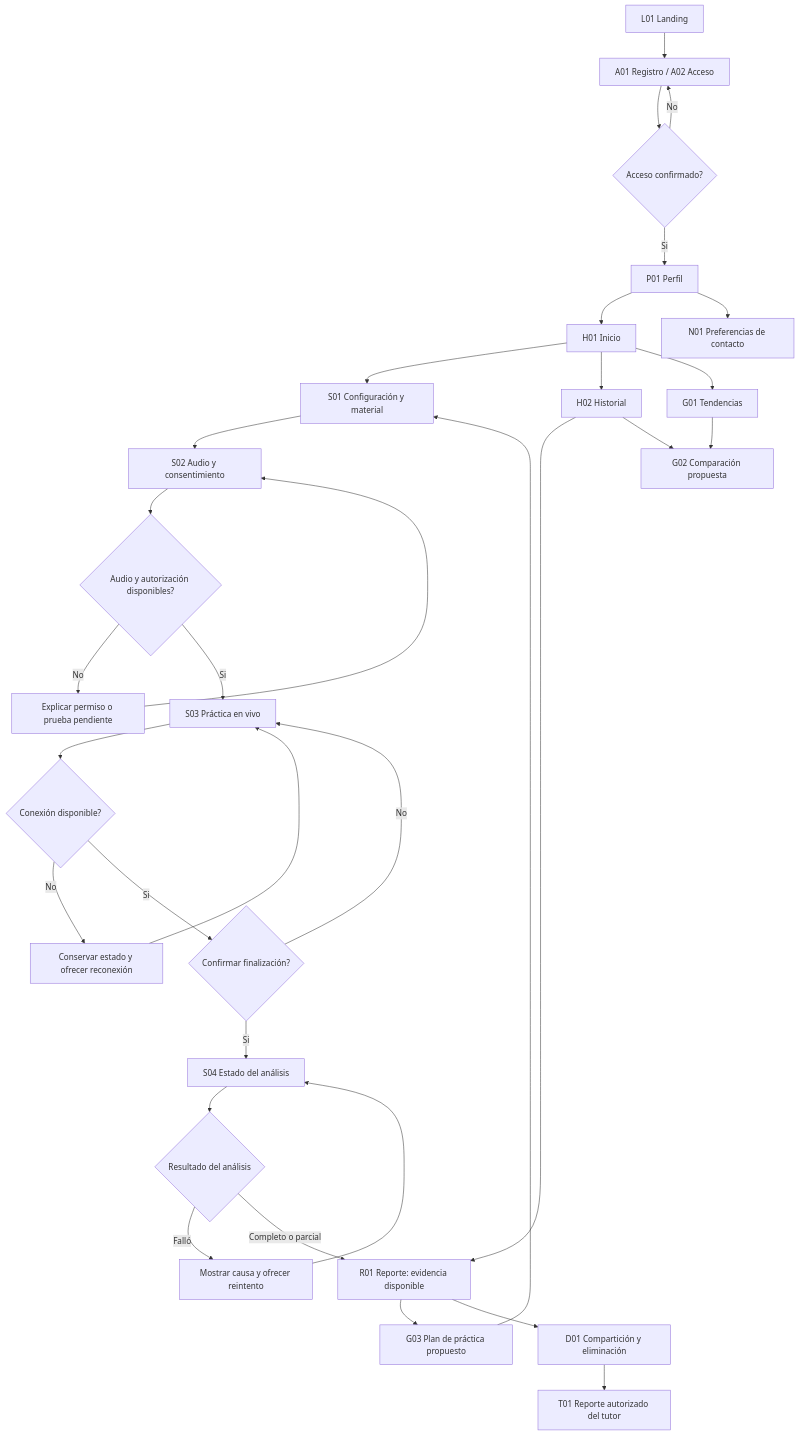
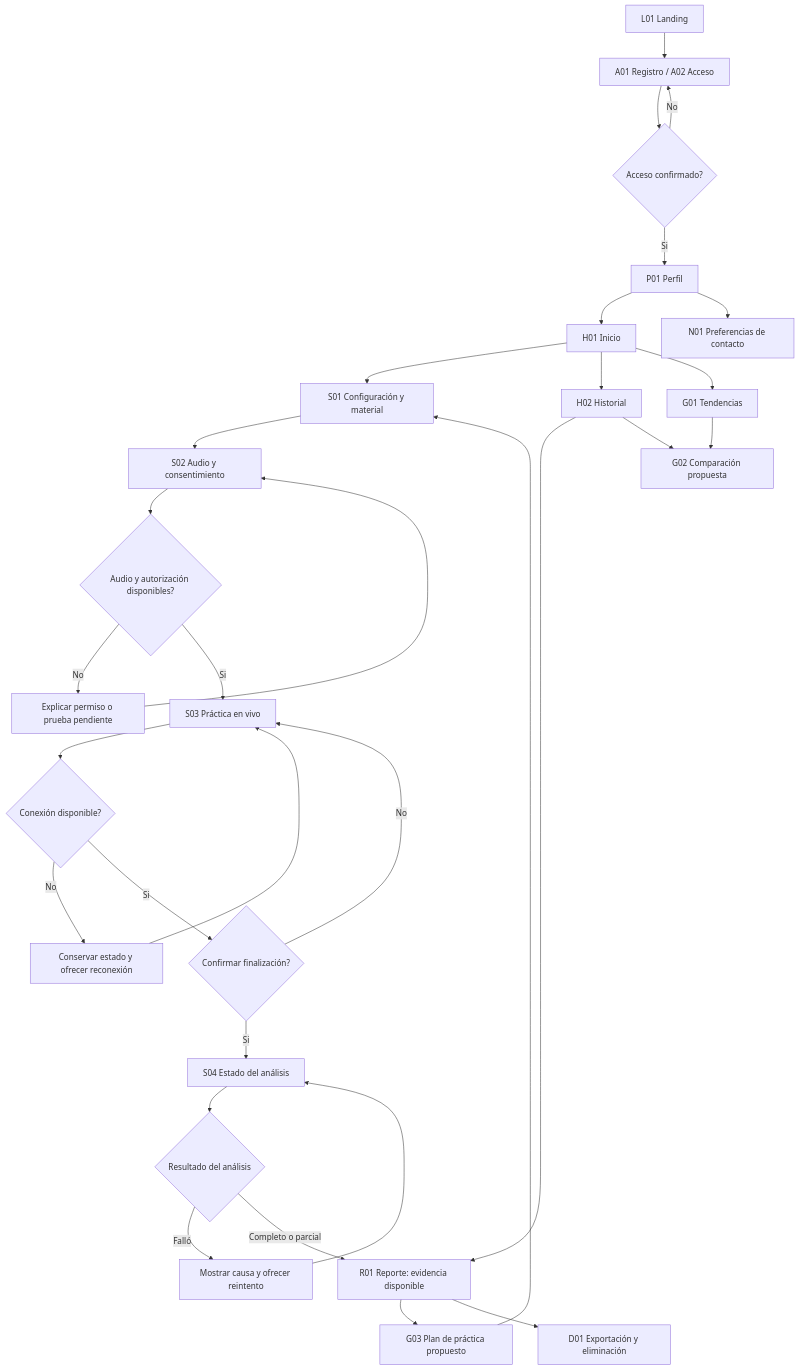
One commit to upc-pre-202620-si728-16365-thropic/talki-project-report changed the diagram in assets/diagrams/ux/wireflow.mmd. Above: the diagram before and after it, drawn with Mermaid. The commit also changed 72 other files, not shown here.

```diff
--- a/assets/diagrams/ux/wireflow.mmd
+++ b/assets/diagrams/ux/wireflow.mmd
@@ -1,32 +1,31 @@
 flowchart TB
   L["L01 Landing"] --> A["A01 Registro / A02 Acceso"]
   A --> access{"Acceso confirmado?"}
   access -- No --> A
   access -- Si --> P["P01 Perfil"]
   P --> H["H01 Inicio"]
   H --> S["S01 Configuración y material"]
   S --> S2["S02 Audio y consentimiento"]
   S2 --> ready{"Audio y autorización disponibles?"}
   ready -- No --> fix["Explicar permiso o prueba pendiente"]
   fix --> S2
   ready -- Si --> S3["S03 Práctica en vivo"]
   S3 --> network{"Conexión disponible?"}
   network -- No --> recover["Conservar estado y ofrecer reconexión"]
   recover --> S3
   network -- Si --> finish{"Confirmar finalización?"}
   finish -- No --> S3
   finish -- Si --> S4["S04 Estado del análisis"]
   S4 --> status{"Resultado del análisis"}
   status -- Falló --> retry["Mostrar causa y ofrecer reintento"]
   retry --> S4
   status -- "Completo o parcial" --> R["R01 Reporte: evidencia disponible"]
   R --> G["G03 Plan de práctica propuesto"]
   G --> S
   H --> I["H02 Historial"]
   I --> R
   I --> G2["G02 Comparación propuesta"]
   H --> G1["G01 Tendencias"]
   G1 --> G2
-  R --> D["D01 Compartición y eliminación"]
-  D --> T["T01 Reporte autorizado del tutor"]
+  R --> D["D01 Exportación y eliminación"]
   P --> N["N01 Preferencias de contacto"]
```
